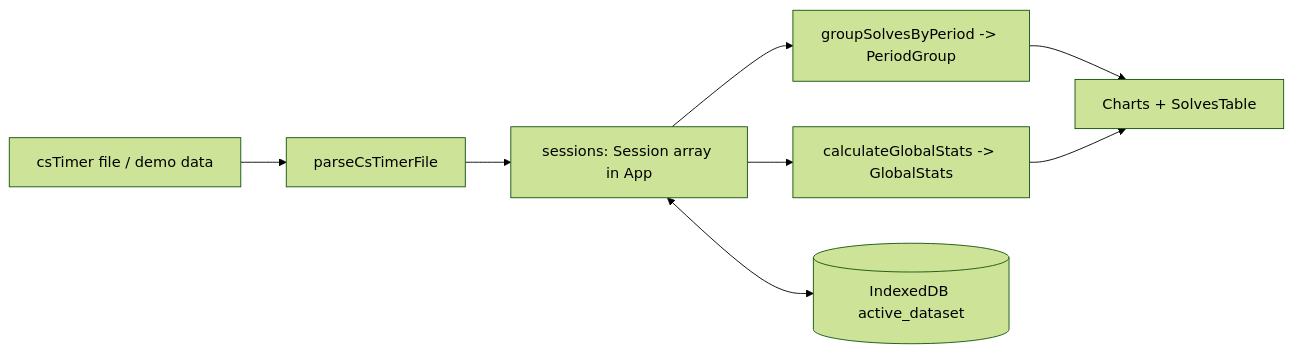
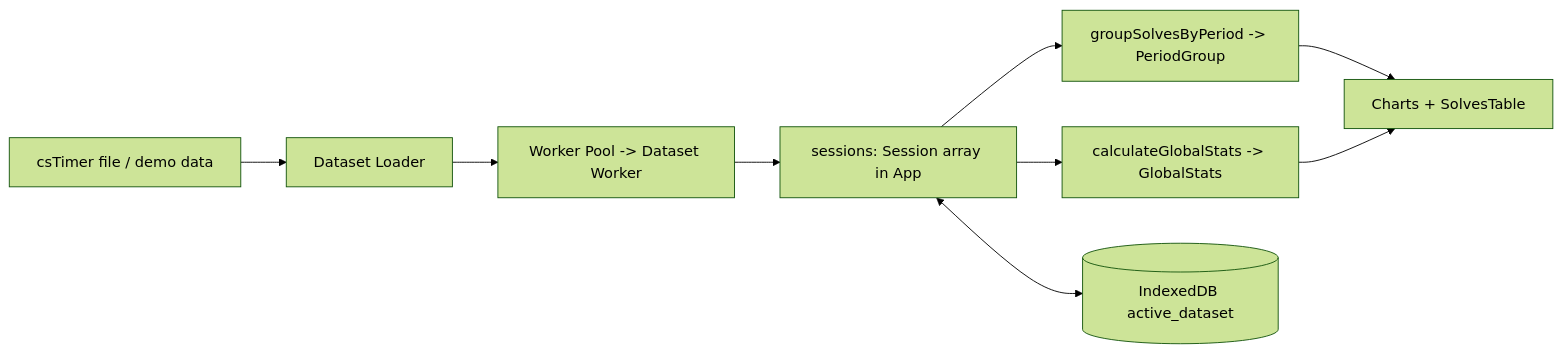
The diagram in AGENTS.md (jjangsangy/CubeProgression), drawn with Mermaid (forest theme) before and after one commit. The commit also changed other lines of this file and 38 other files, not shown here.

Commit message:
refactor(data): use web worker to load files

````diff
--- a/AGENTS.md
+++ b/AGENTS.md
@@ -27,10 +27,11 @@
 ```mermaid
 flowchart LR
-    A[csTimer file / demo data] --> B[parseCsTimerFile]
-    B --> C[sessions: Session array in App]
+    A[csTimer file / demo data] --> B[Dataset Loader]
+    B --> W[Worker Pool -> Dataset Worker]
+    W --> C[sessions: Session array in App]
     C --> D[groupSolvesByPeriod -> PeriodGroup]
     C --> E[calculateGlobalStats -> GlobalStats]
     D --> F[Charts + SolvesTable]
     E --> F
     C <--> G[(IndexedDB active_dataset)]
 ```
````
